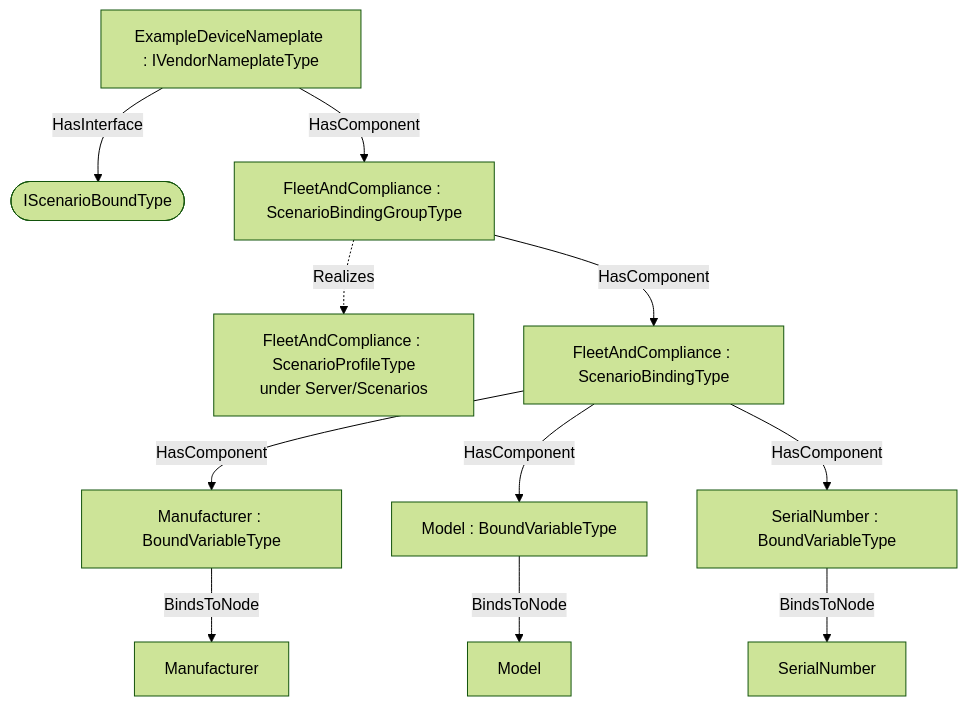
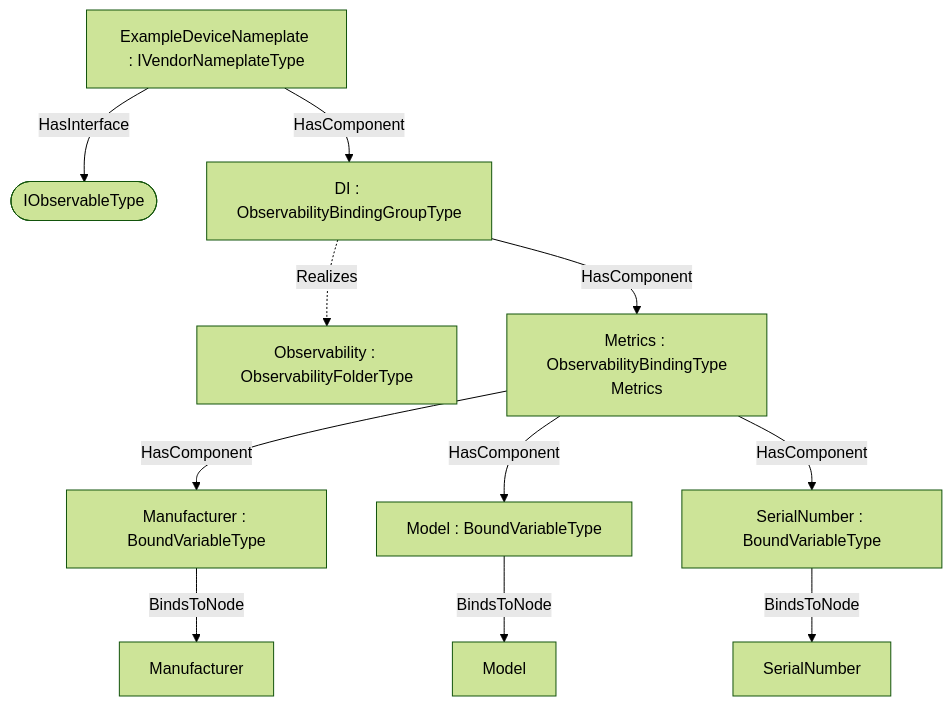
The second of 2 diagrams in core-specs/observability-export/di/OPC-UA-DI-Observability-Export-Addendum.md (marcschier/opcua-drafts), drawn with Mermaid (forest theme) before and after one commit. The commit also changed other lines of this file and 22 other files, not shown here.

````diff
--- a/core-specs/observability-export/di/OPC-UA-DI-Observability-Export-Addendum.md
+++ b/core-specs/observability-export/di/OPC-UA-DI-Observability-Export-Addendum.md
@@ -59,14 +57,14 @@
 ```mermaid
 graph TD
   R["ExampleDeviceNameplate : IVendorNameplateType"]
-  R -->|HasInterface| I([IScenarioBoundType])
-  R -->|HasComponent| G0["FleetAndCompliance : ScenarioBindingGroupType"]
-  G0 -.Realizes.-> P0["FleetAndCompliance : ScenarioProfileType<br/>under Server/Scenarios"]
-  G0 -->|HasComponent| B0["FleetAndCompliance : ScenarioBindingType"]
+  R -->|HasInterface| I([IObservableType])
+  R -->|HasComponent| G["DI : ObservabilityBindingGroupType"]
+  G -.Realizes.-> O["Observability : ObservabilityFolderType"]
+  G -->|HasComponent| B0["Metrics : ObservabilityBindingType<br/>Metrics"]
   B0 -->|HasComponent| IT00["Manufacturer : BoundVariableType"]
   IT00 -->|BindsToNode| N00["Manufacturer"]
   B0 -->|HasComponent| IT01["Model : BoundVariableType"]
   IT01 -->|BindsToNode| N01["Model"]
   B0 -->|HasComponent| IT02["SerialNumber : BoundVariableType"]
   IT02 -->|BindsToNode| N02["SerialNumber"]
 ```
````
